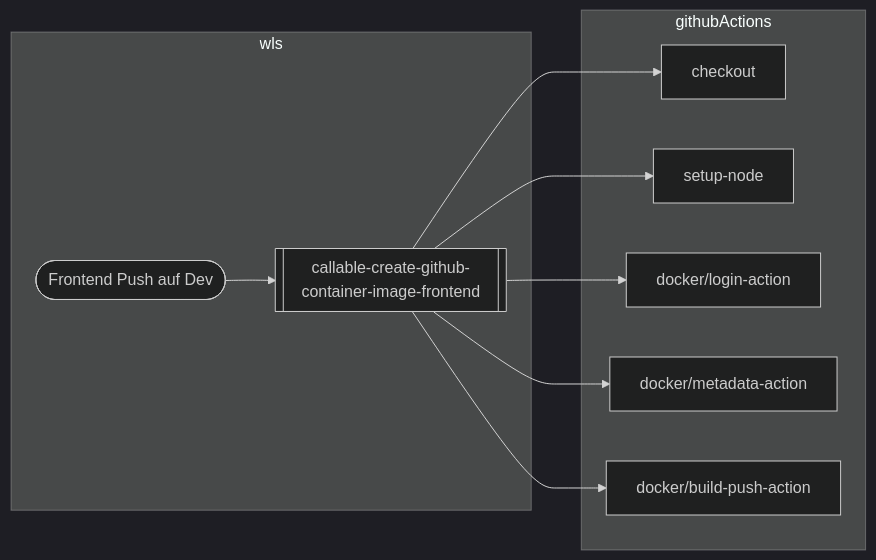
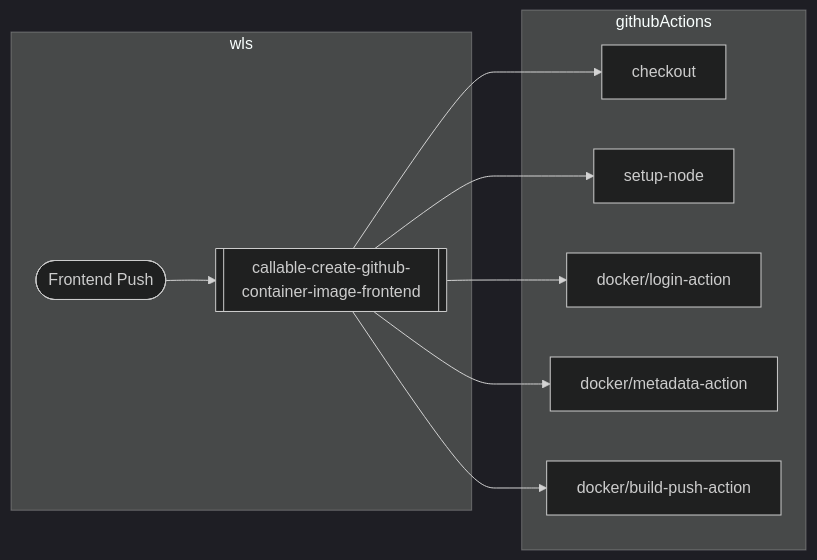
Before and after one commit to it-at-m/Wahllokalsystem: the eighth of 13 diagrams in docs/src/technik/ecosystem/workflowsAndArtifacts/relations.md, drawn with Mermaid (dark theme). The commit also changed other lines of this file, not shown here.

````diff
--- a/docs/src/technik/ecosystem/workflowsAndArtifacts/relations.md
+++ b/docs/src/technik/ecosystem/workflowsAndArtifacts/relations.md
@@ -121,23 +121,23 @@
 ```mermaid
 flowchart LR
     subgraph wls
-        frontendDevPush([Frontend Push auf Dev])
+        frontendDevPush([Frontend Push])
 
         buildImageFrontend[[callable-create-github-container-image-frontend]]
     end
 
     subgraph githubActions
         checkout
         setup-node
         docker/login-action
         docker/metadata-action
         docker/build-push-action
     end
 
     frontendDevPush --> buildImageFrontend
     buildImageFrontend --> checkout
     buildImageFrontend --> setup-node
     buildImageFrontend --> docker/login-action
     buildImageFrontend --> docker/metadata-action
     buildImageFrontend --> docker/build-push-action
 ```
````
